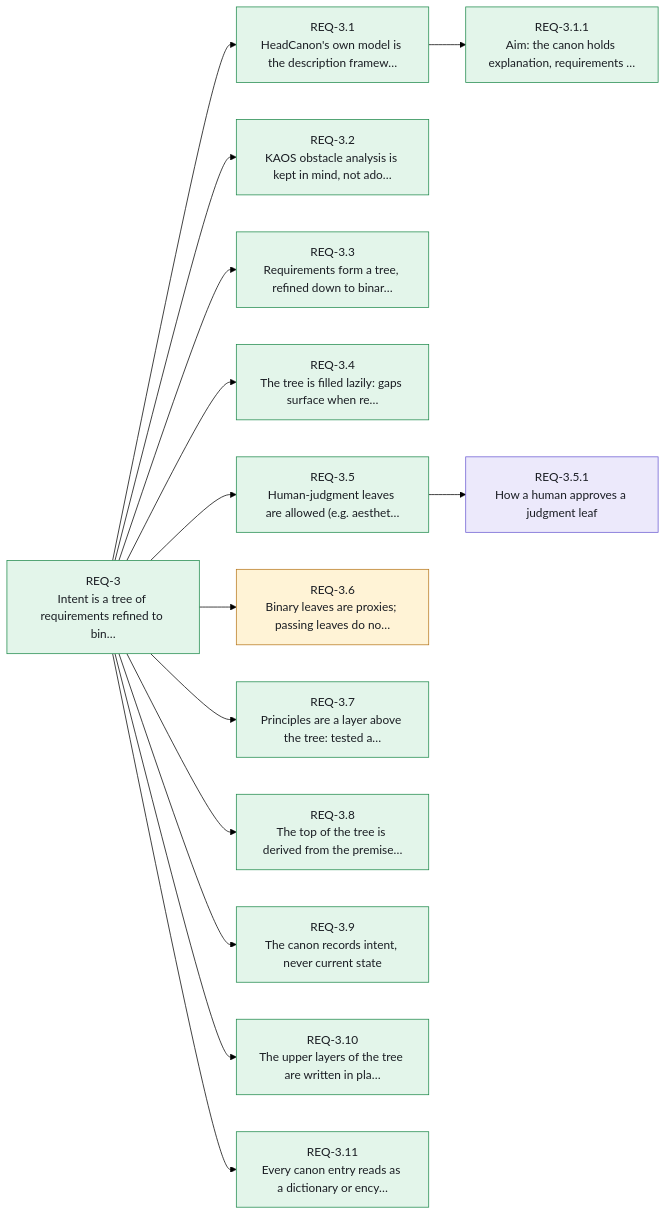
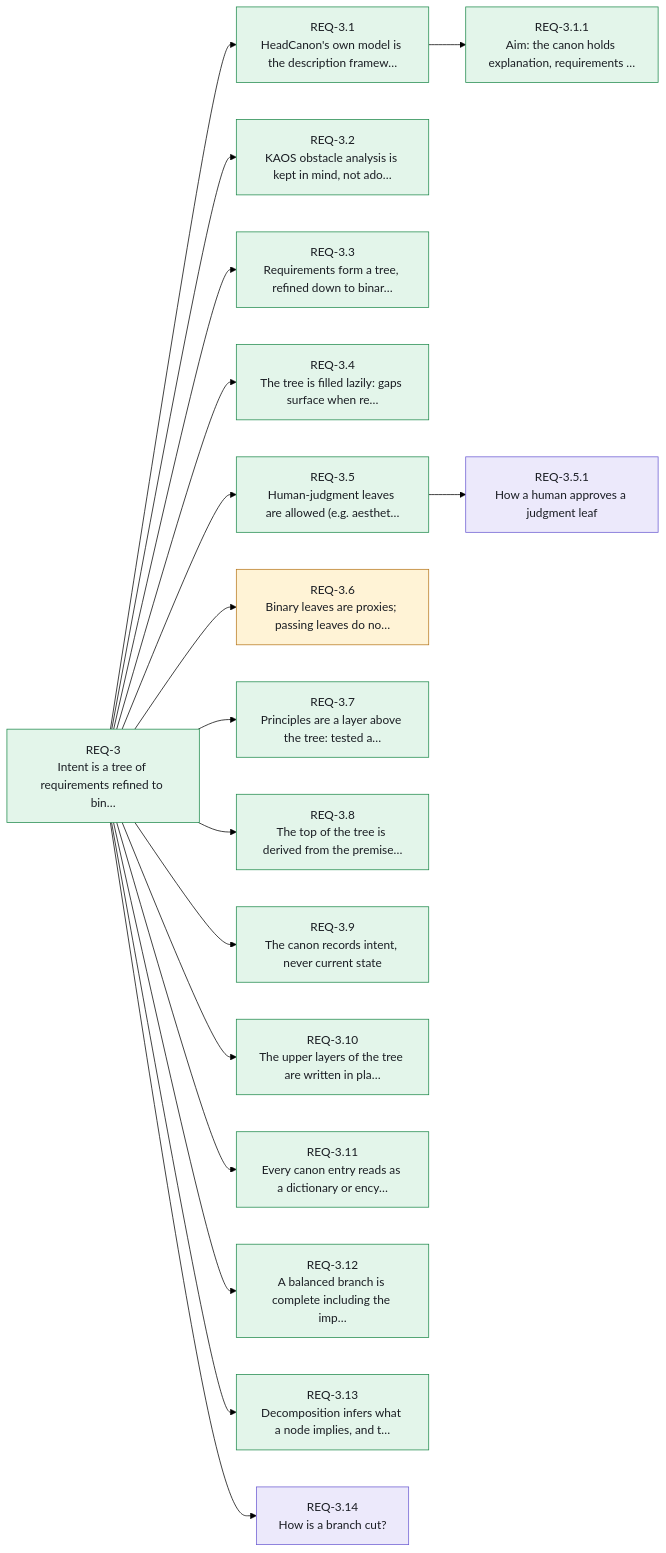
One commit to Althis/headcanon changed the fourth of 14 diagrams in canon/INDEX.md. Above: the diagram before and after it, drawn with Mermaid (forest theme). The commit also changed other lines of this file and 10 other files, not shown here.

````diff
--- a/canon/INDEX.md
+++ b/canon/INDEX.md
@@ -265,35 +271,41 @@
 ```mermaid
 flowchart LR
     REQ_3["REQ-3<br/>Intent is a tree of requirements refined to bin…"]:::stated
     REQ_3_1["REQ-3.1<br/>HeadCanon's own model is the description framew…"]:::stated
     REQ_3_1_1["REQ-3.1.1<br/>Aim: the canon holds explanation, requirements …"]:::stated
     REQ_3_2["REQ-3.2<br/>KAOS obstacle analysis is kept in mind, not ado…"]:::stated
     REQ_3_3["REQ-3.3<br/>Requirements form a tree, refined down to binar…"]:::stated
     REQ_3_4["REQ-3.4<br/>The tree is filled lazily: gaps surface when re…"]:::stated
     REQ_3_5["REQ-3.5<br/>Human-judgment leaves are allowed (e.g. aesthet…"]:::stated
     REQ_3_5_1["REQ-3.5.1<br/>How a human approves a judgment leaf"]:::open
     REQ_3_6["REQ-3.6<br/>Binary leaves are proxies; passing leaves do no…"]:::assumed
     REQ_3_7["REQ-3.7<br/>Principles are a layer above the tree: tested a…"]:::stated
     REQ_3_8["REQ-3.8<br/>The top of the tree is derived from the premise…"]:::stated
     REQ_3_9["REQ-3.9<br/>The canon records intent, never current state"]:::stated
     REQ_3_10["REQ-3.10<br/>The upper layers of the tree are written in pla…"]:::stated
     REQ_3_11["REQ-3.11<br/>Every canon entry reads as a dictionary or ency…"]:::stated
+    REQ_3_12["REQ-3.12<br/>A balanced branch is complete including the imp…"]:::stated
+    REQ_3_13["REQ-3.13<br/>Decomposition infers what a node implies, and t…"]:::stated
+    REQ_3_14["REQ-3.14<br/>How is a branch cut?"]:::open
     REQ_3 --> REQ_3_1
     REQ_3_1 --> REQ_3_1_1
     REQ_3 --> REQ_3_2
     REQ_3 --> REQ_3_3
     REQ_3 --> REQ_3_4
     REQ_3 --> REQ_3_5
     REQ_3_5 --> REQ_3_5_1
     REQ_3 --> REQ_3_6
     REQ_3 --> REQ_3_7
     REQ_3 --> REQ_3_8
     REQ_3 --> REQ_3_9
     REQ_3 --> REQ_3_10
     REQ_3 --> REQ_3_11
+    REQ_3 --> REQ_3_12
+    REQ_3 --> REQ_3_13
+    REQ_3 --> REQ_3_14
     classDef stated fill:#e3f5ea,stroke:#1f8a4c,color:#1a1d23
     classDef resolved fill:#e8efff,stroke:#2563eb,color:#1a1d23
     classDef assumed fill:#fff3d6,stroke:#b7791f,color:#1a1d23
     classDef open fill:#ece9fb,stroke:#6b5bd2,color:#1a1d23
     classDef contested fill:#fde7e8,stroke:#d13438,color:#1a1d23
 ```
````
